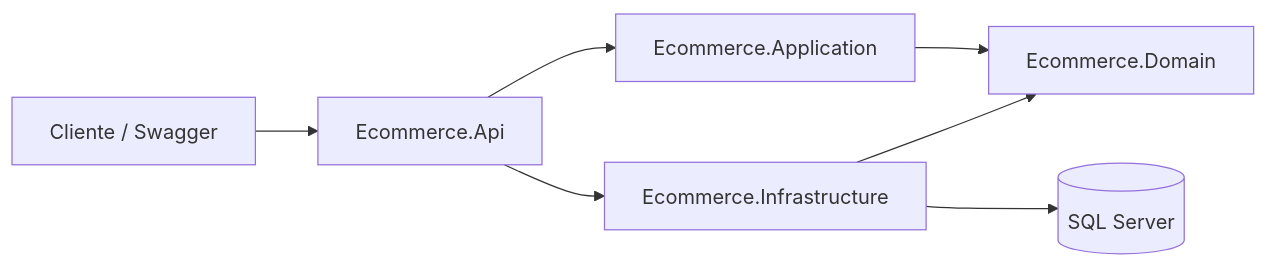
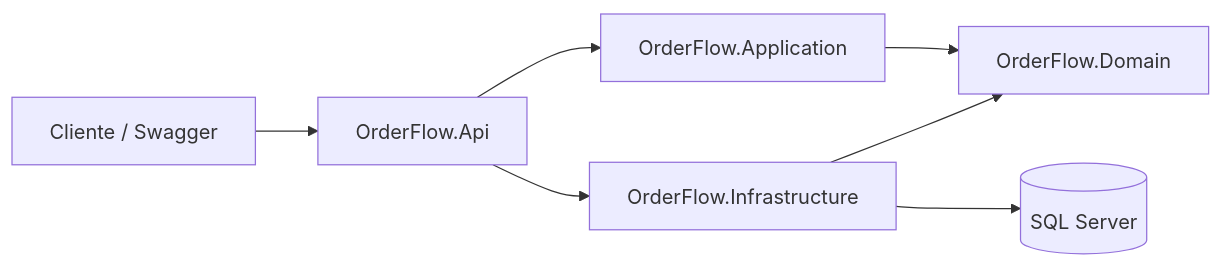
One commit to joaodionizio/orderflow changed the diagram in README.md. Above: the diagram before and after it, drawn with Mermaid. The commit also changed other lines of this file and 218 other files, not shown here.

Commit message:
refactor: rename solution and projects to OrderFlow

````diff
--- a/README.md
+++ b/README.md
@@ -32,9 +32,9 @@
 ```mermaid
 flowchart LR
-    Client[Cliente / Swagger] --> API[Ecommerce.Api]
-    API --> APP[Ecommerce.Application]
-    APP --> DOMAIN[Ecommerce.Domain]
-    API --> INFRA[Ecommerce.Infrastructure]
+    Client[Cliente / Swagger] --> API[OrderFlow.Api]
+    API --> APP[OrderFlow.Application]
+    APP --> DOMAIN[OrderFlow.Domain]
+    API --> INFRA[OrderFlow.Infrastructure]
     INFRA --> DOMAIN
     INFRA --> DB[(SQL Server)]
 ```
````
